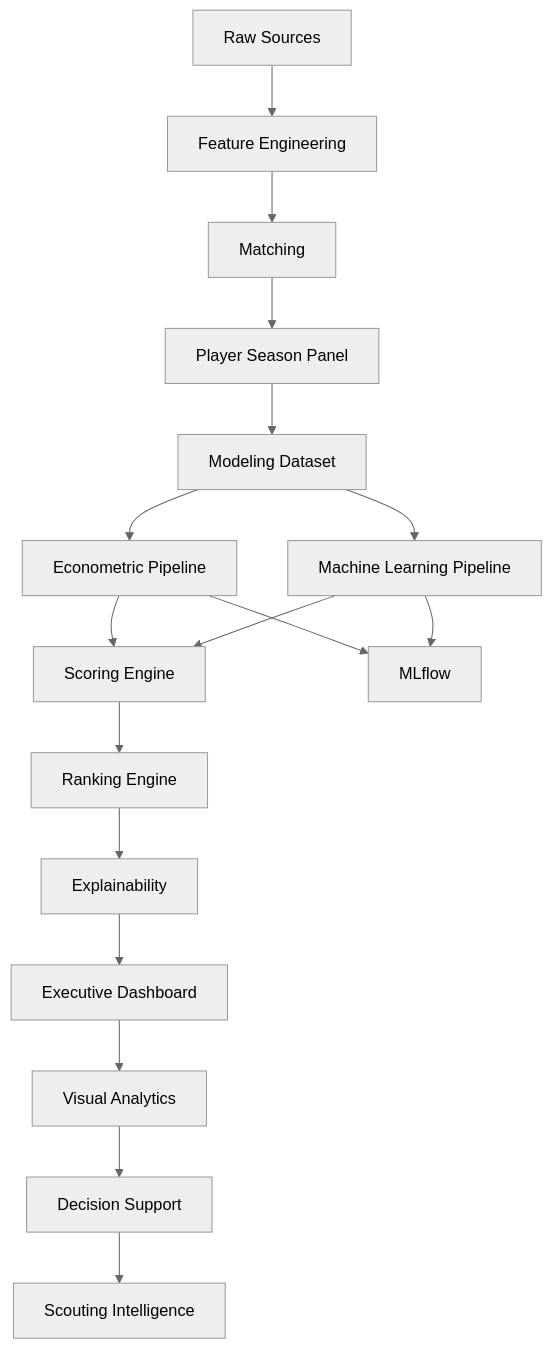
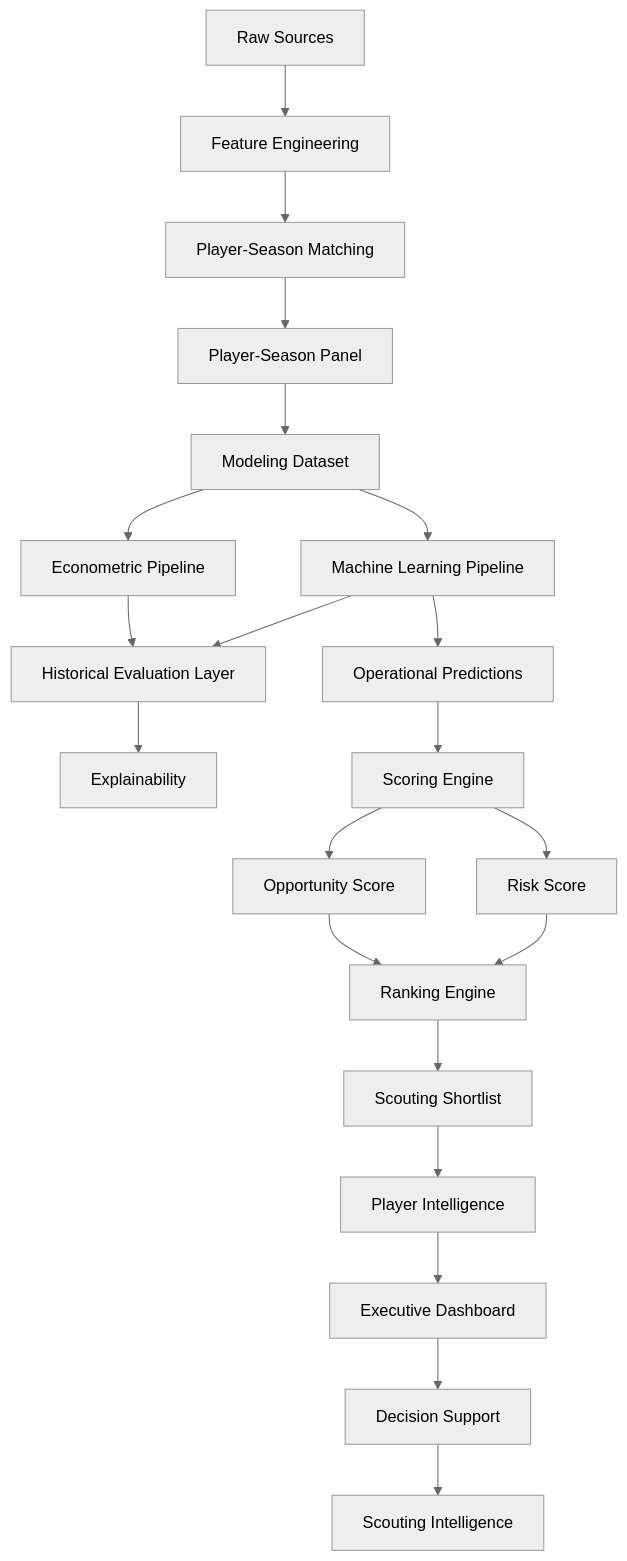
The diagram in docs/pipeline_reference.md (manuelpeba/market-value-football-tfm), drawn with Mermaid (neutral theme) before and after one commit. The commit also changed other lines of this file and 16 other files, not shown here.

Commit message:
docs: complete sprint 10 documentation, architecture and notebooks for v1.0.0

````diff
--- a/docs/pipeline_reference.md
+++ b/docs/pipeline_reference.md
@@ -50,33 +41,40 @@
-``` mermaid
+```mermaid
 flowchart TD
 
 A[Raw Sources]
 --> B[Feature Engineering]
 
-B --> C[Matching]
+B --> C[Player-Season Matching]
 
-C --> D[Player Season Panel]
+C --> D[Player-Season Panel]
 
 D --> E[Modeling Dataset]
 
 E --> F[Econometric Pipeline]
 E --> G[Machine Learning Pipeline]
 
-F --> H[Scoring Engine]
+F --> H[Historical Evaluation Layer]
 G --> H
 
-H --> I[Ranking Engine]
+H --> I[Explainability]
 
-I --> J[Explainability]
+G --> J[Operational Predictions]
 
-J --> K[Executive Dashboard]
+J --> K[Scoring Engine]
 
-K --> L[Visual Analytics]
+K --> L[Opportunity Score]
+K --> M[Risk Score]
 
-L --> M[Decision Support]
+L --> N[Ranking Engine]
+M --> N
 
-M --> N[Scouting Intelligence]
+N --> O[Scouting Shortlist]
 
-F --> O[MLflow]
-G --> O
+O --> P[Player Intelligence]
+
+P --> Q[Executive Dashboard]
+
+Q --> R[Decision Support]
+
+R --> S[Scouting Intelligence]
 ```
````
